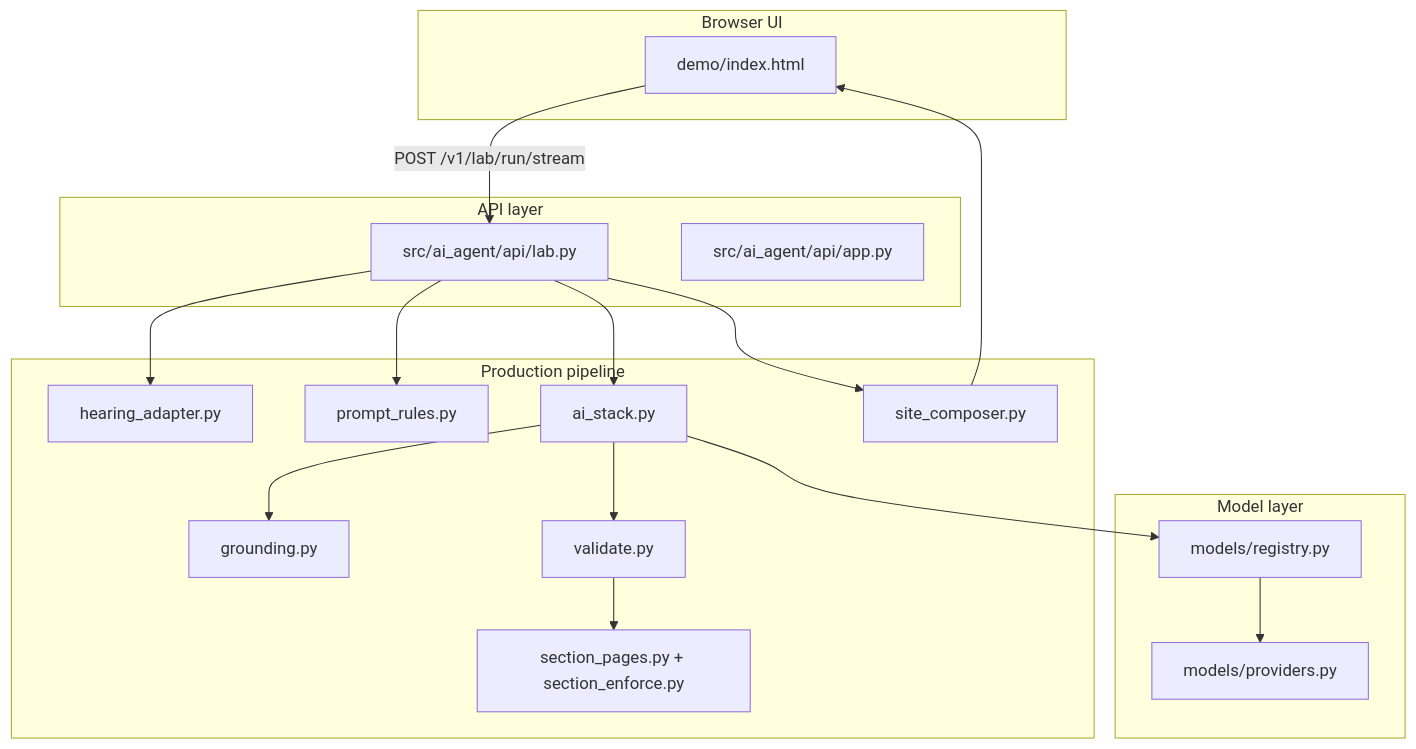
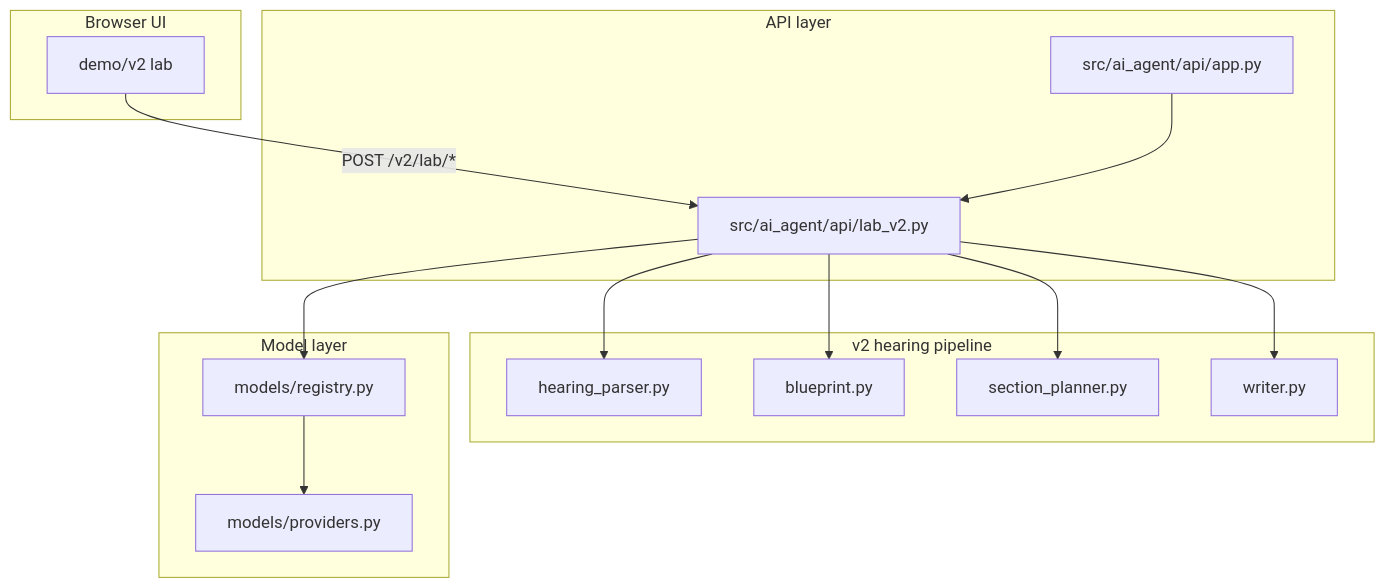
One commit to mdalamin706688/ai-wordpress-developer changed the fourth of 4 diagrams in docs/ai_flow_for_client.md. Above: the diagram before and after it, drawn with Mermaid. The commit also changed other lines of this file and 18 other files, not shown here.

````diff
--- a/docs/ai_flow_for_client.md
+++ b/docs/ai_flow_for_client.md
@@ -244,34 +244,28 @@
 ```mermaid
 flowchart TB
   subgraph ui [Browser UI]
-    HTML[demo/index.html]
+    HTML[demo/v2 lab]
   end
   subgraph api [API layer]
-    LAB[src/ai_agent/api/lab.py]
+    LAB[src/ai_agent/api/lab_v2.py]
     APP[src/ai_agent/api/app.py]
   end
-  subgraph pipeline [Production pipeline]
-    HEAR[hearing_adapter.py]
-    RULES[prompt_rules.py]
-    STACK[ai_stack.py]
-    GROUND[grounding.py]
-    VALID[validate.py]
-    SECT[section_pages.py + section_enforce.py]
-    SITE[site_composer.py]
+  subgraph pipeline [v2 hearing pipeline]
+    PARSE[hearing_parser.py]
+    BP[blueprint.py]
+    PLAN[section_planner.py]
+    WRITE[writer.py]
   end
   subgraph models [Model layer]
     REG[models/registry.py]
     PROV[models/providers.py]
   end
-  HTML -->|POST /v1/lab/run/stream| LAB
-  LAB --> HEAR
-  LAB --> RULES
-  LAB --> STACK
-  STACK --> REG
+  HTML -->|POST /v2/lab/*| LAB
+  LAB --> PARSE
+  LAB --> BP
+  LAB --> PLAN
+  LAB --> WRITE
+  LAB --> REG
   REG --> PROV
-  STACK --> GROUND
-  STACK --> VALID
-  VALID --> SECT
-  LAB --> SITE
-  SITE --> HTML
+  APP --> LAB
 ```
````
